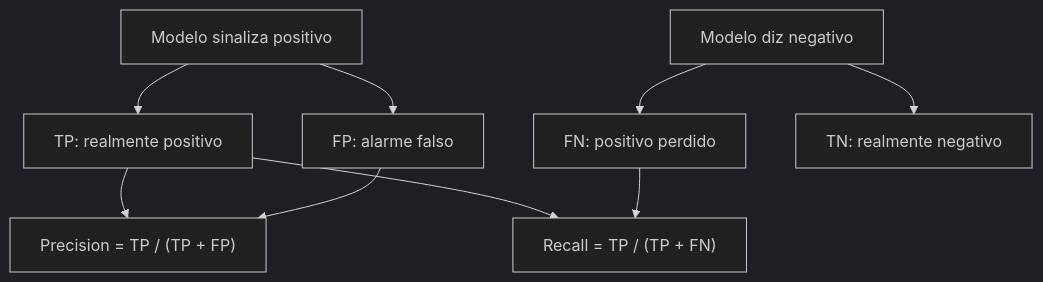
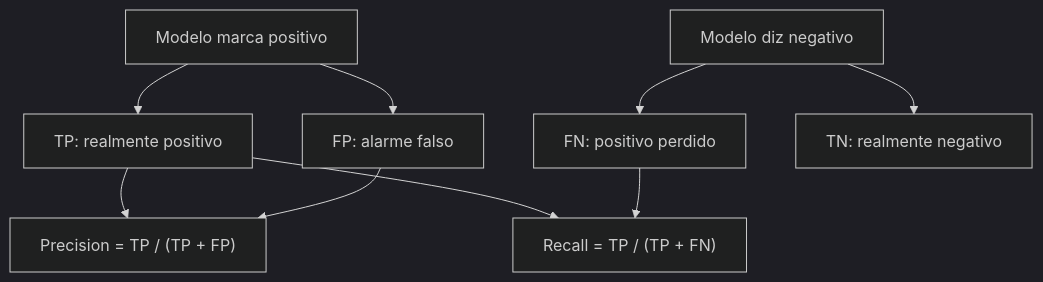
The fourth of 27 diagrams in 01-ml-and-dl-foundations/questions.pt-BR.md (andrevberaldo/AI-Engineer-Interview-Questions), drawn with Mermaid (dark theme) before and after one commit. The commit also changed other lines of this file, not shown here.

````diff
--- a/01-ml-and-dl-foundations/questions.pt-BR.md
+++ b/01-ml-and-dl-foundations/questions.pt-BR.md
@@ -174,11 +174,11 @@
 ```mermaid
 flowchart TD
-    A["Modelo sinaliza positivo"] --> B["TP: realmente positivo"]
+    A["Modelo marca positivo"] --> B["TP: realmente positivo"]
     A --> C["FP: alarme falso"]
     D["Modelo diz negativo"] --> E["FN: positivo perdido"]
     D --> F["TN: realmente negativo"]
     B --> G["Precision = TP / (TP + FP)"]
     C --> G
     B --> H["Recall = TP / (TP + FN)"]
     E --> H
 ```
````
